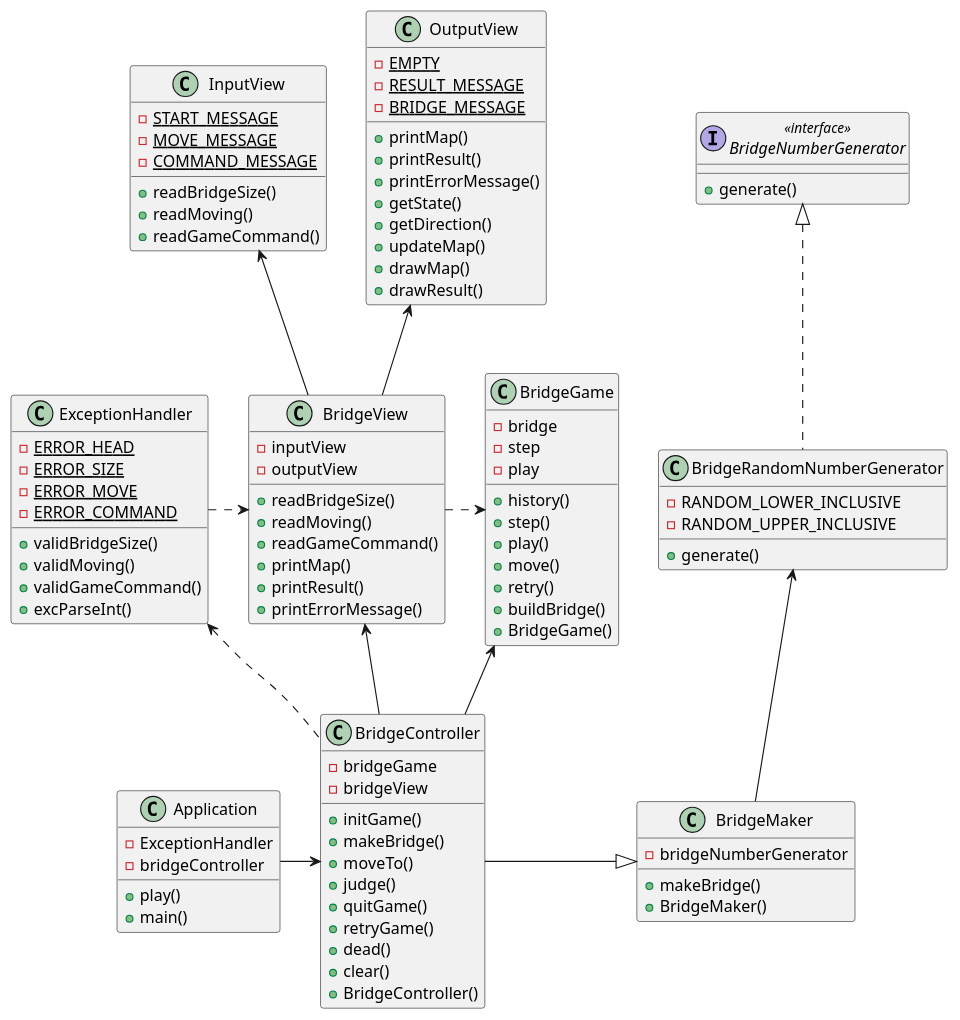
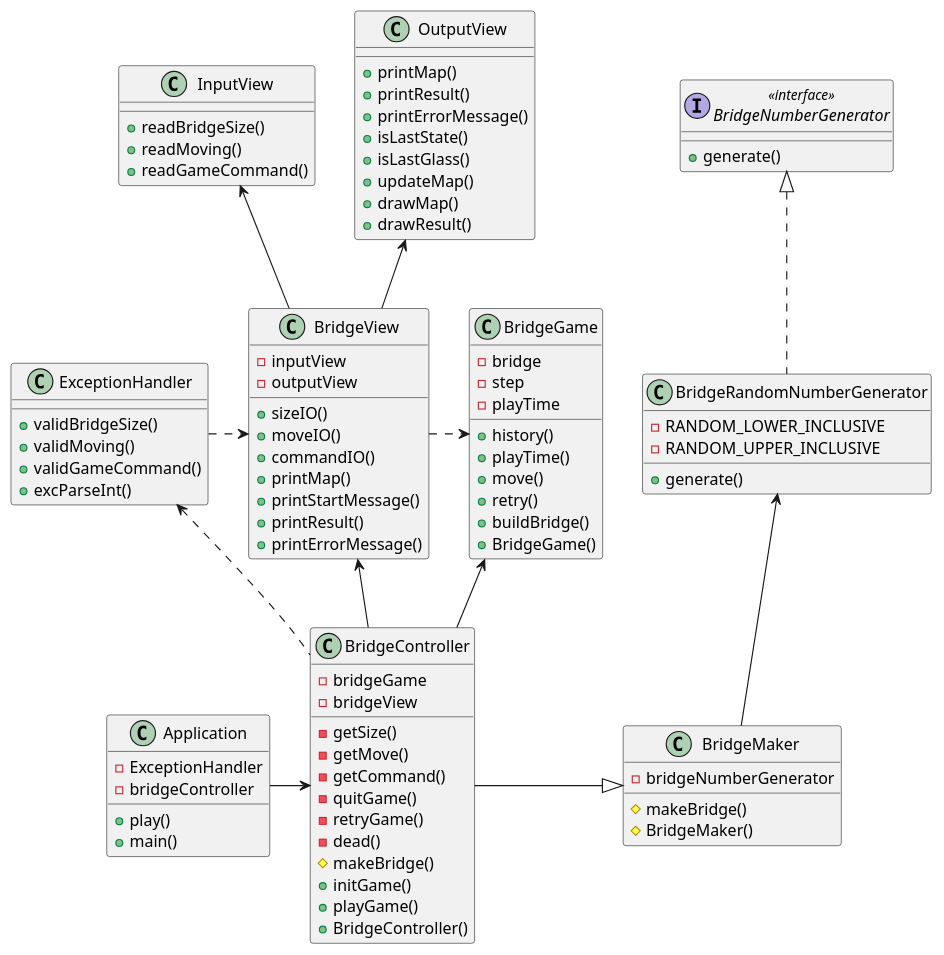
Before and after one commit to woowacourse-precourse/java-bridge: the diagram in docs/bridgeUML.puml, drawn with PlantUML. The commit also changed 2 other files, not shown here.

Commit message:
docs(java-bridge/docs): 기능 문서 및 클래스 다이어그램 업데이트

```diff
--- a/docs/bridgeUML.puml
+++ b/docs/bridgeUML.puml
@@ -1,131 +1,121 @@
 @startuml
 
 class ExceptionHandler
 class BridgeGame
 class BridgeController
 class BridgeMaker
 class BridgeNumberGenerator
 class BridgeRandomNumberGenerator
 class InputView
 class OutputView
 class Application
 
 
 BridgeController -up-> BridgeGame
 
 BridgeController -up-> BridgeView
 BridgeController -right-|> BridgeMaker
 
 
 BridgeView -up-> OutputView
 BridgeView -up-> InputView
 
 BridgeRandomNumberGenerator .up.|> BridgeNumberGenerator
 BridgeMaker -up-> BridgeRandomNumberGenerator
 
 Application -right-> BridgeController
 ExceptionHandler .right.> BridgeView
 BridgeController .up.> ExceptionHandler
 BridgeView .right.> BridgeGame
 
 
 class Application{
     - ExceptionHandler
     - bridgeController
     + play()
     + main()
 }
 
 class BridgeGame{
     - bridge
     - step
-    - play
+    - playTime
     + history()
-    + step()
-    + play()
+    + playTime()
     + move()
     + retry()
     + buildBridge()
     + BridgeGame()
 }
 
 class BridgeController{
     - bridgeGame
     - bridgeView
 
+    - getSize()
+    - getMove()
+    - getCommand()
+    - quitGame()
+    - retryGame()
+    - dead()
+    # makeBridge()
     + initGame()
-    + makeBridge()
-    + moveTo()
-    + judge()
-    + quitGame()
-    + retryGame()
-    + dead()
-    + clear()
+    + playGame()
     + BridgeController()
 }
 
 class BridgeMaker{
     - bridgeNumberGenerator
-    + makeBridge()
-    + BridgeMaker()
+    # makeBridge()
+    # BridgeMaker()
 }
 
 interface BridgeNumberGenerator <<interface>>{
     + generate()
 }
 
 class BridgeRandomNumberGenerator{
     - RANDOM_LOWER_INCLUSIVE
     - RANDOM_UPPER_INCLUSIVE
     + generate()
 }
 
 class BridgeView{
     - inputView
     - outputView
-    + readBridgeSize()
-    + readMoving()
-    + readGameCommand()
+    + sizeIO()
+    + moveIO()
+    + commandIO()
     + printMap()
+    + printStartMessage()
     + printResult()
     + printErrorMessage()
 }
 
 class InputView{
-    - {static} START_MESSAGE
-    - {static} MOVE_MESSAGE
-    - {static} COMMAND_MESSAGE
-
     + readBridgeSize()
     + readMoving()
     + readGameCommand()
 }
 
 class OutputView{
-    - {static} EMPTY
-    - {static} RESULT_MESSAGE
-    - {static} BRIDGE_MESSAGE
     + printMap()
     + printResult()
     + printErrorMessage()
-    + getState()
-    + getDirection()
+    + isLastState()
+    + isLastGlass()
     + updateMap()
     + drawMap()
     + drawResult()
 }
 
 class ExceptionHandler{
-    - {static} ERROR_HEAD
-    - {static} ERROR_SIZE
-    - {static} ERROR_MOVE
-    - {static} ERROR_COMMAND
     + validBridgeSize()
     + validMoving()
     + validGameCommand()
     + excParseInt()
 }
 
 
 
 @enduml
```
